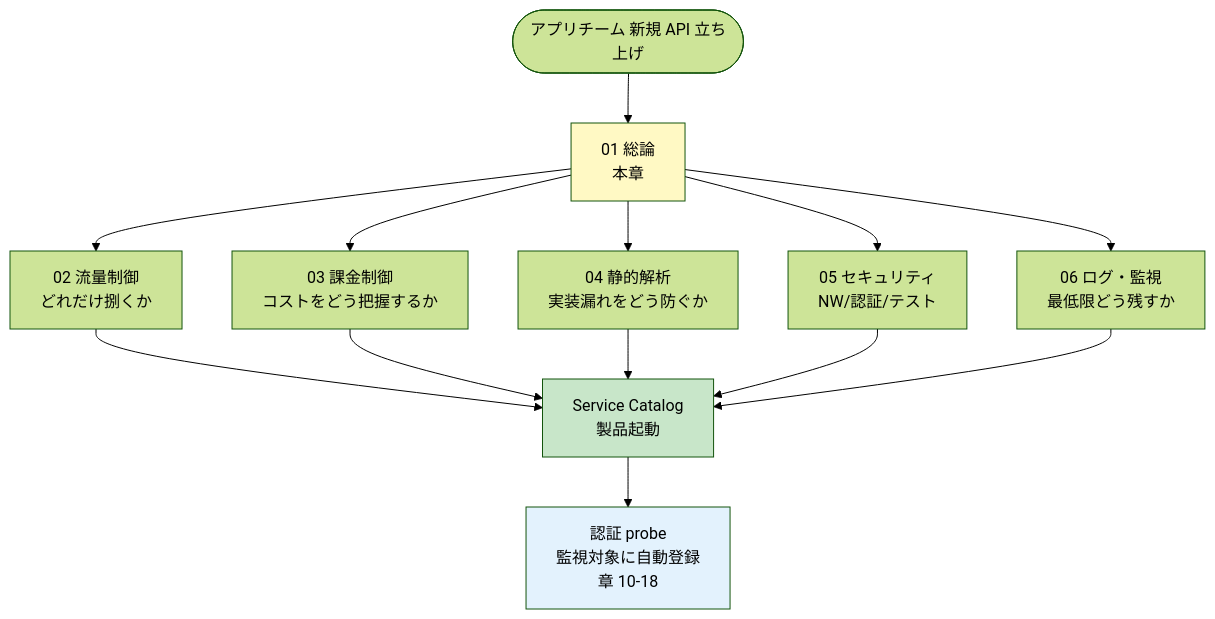
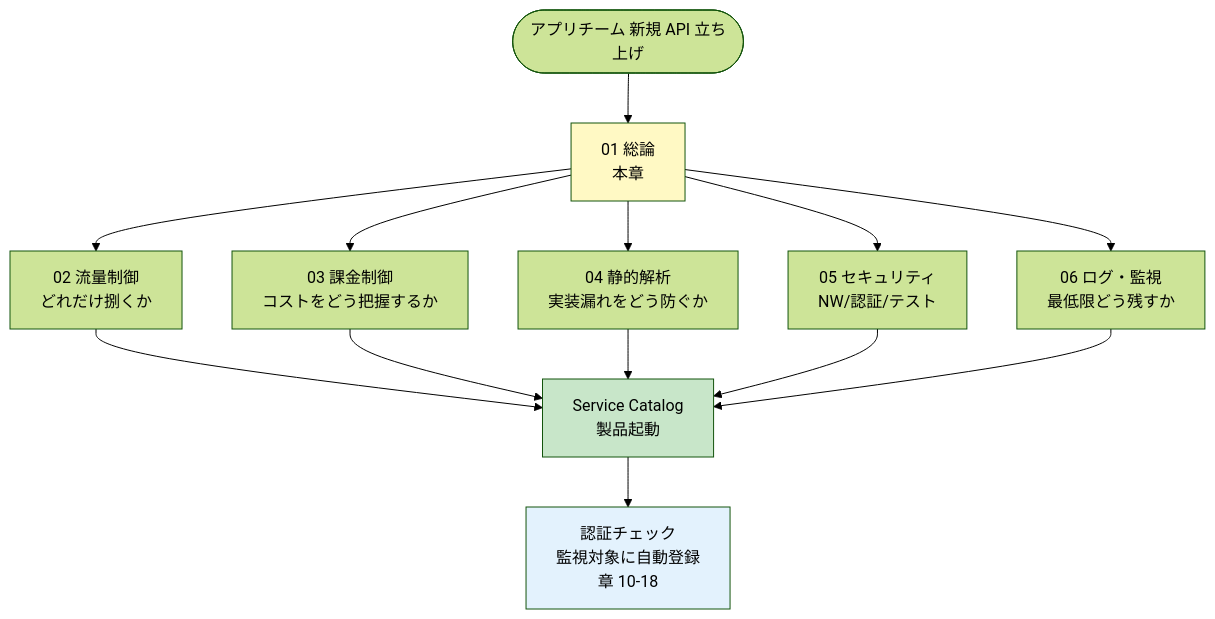
One commit to suepie/aws-atuh-poc changed the third of 3 diagrams in doc/api-platform/basic-design/01-cloud-guidelines-overview.md. Above: the diagram before and after it, drawn with Mermaid (forest theme). The commit also changed other lines of this file and 29 other files, not shown here.

````diff
--- a/doc/api-platform/basic-design/01-cloud-guidelines-overview.md
+++ b/doc/api-platform/basic-design/01-cloud-guidelines-overview.md
@@ -211,24 +211,24 @@
 ```mermaid
 flowchart TD
     Start([アプリチーム 新規 API 立ち上げ])
     Overview[01 総論<br/>本章]
     Start --> Overview
 
     Overview --> RL[02 流量制御<br/>どれだけ捌くか]
     Overview --> BL[03 課金制御<br/>コストをどう把握するか]
     Overview --> SA[04 静的解析<br/>実装漏れをどう防ぐか]
     Overview --> SEC[05 セキュリティ<br/>NW/認証/テスト]
     Overview --> OBS[06 ログ・監視<br/>最低限どう残すか]
 
     RL --> Deploy[Service Catalog<br/>製品起動]
     BL --> Deploy
     SA --> Deploy
     SEC --> Deploy
     OBS --> Deploy
 
-    Deploy --> Monitor[認証 probe<br/>監視対象に自動登録<br/>章 10-18]
+    Deploy --> Monitor[認証チェック<br/>監視対象に自動登録<br/>章 10-18]
 
     style Overview fill:#fff9c4
     style Deploy fill:#c8e6c9
     style Monitor fill:#e3f2fd
 ```
````
